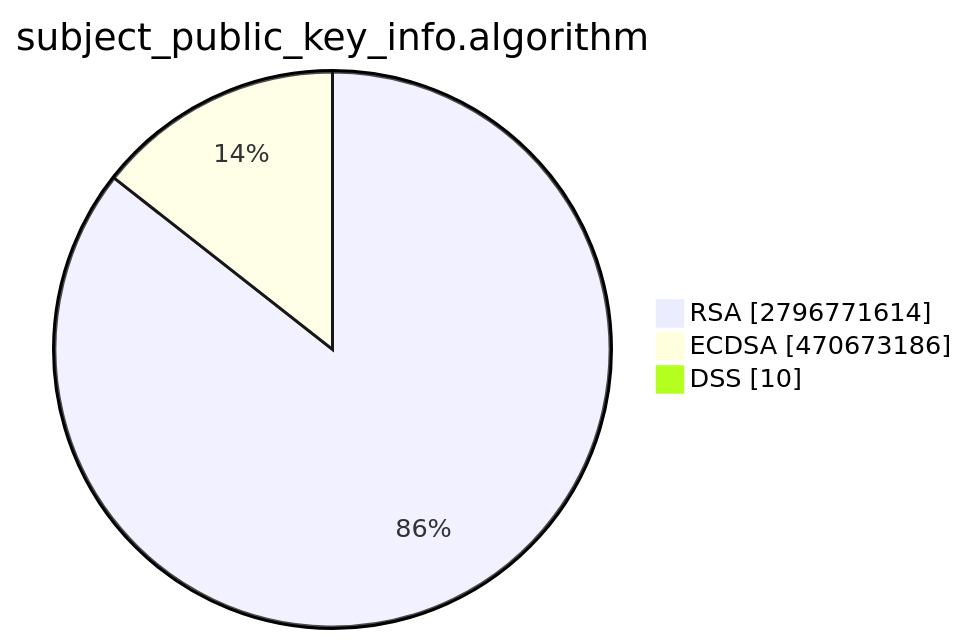
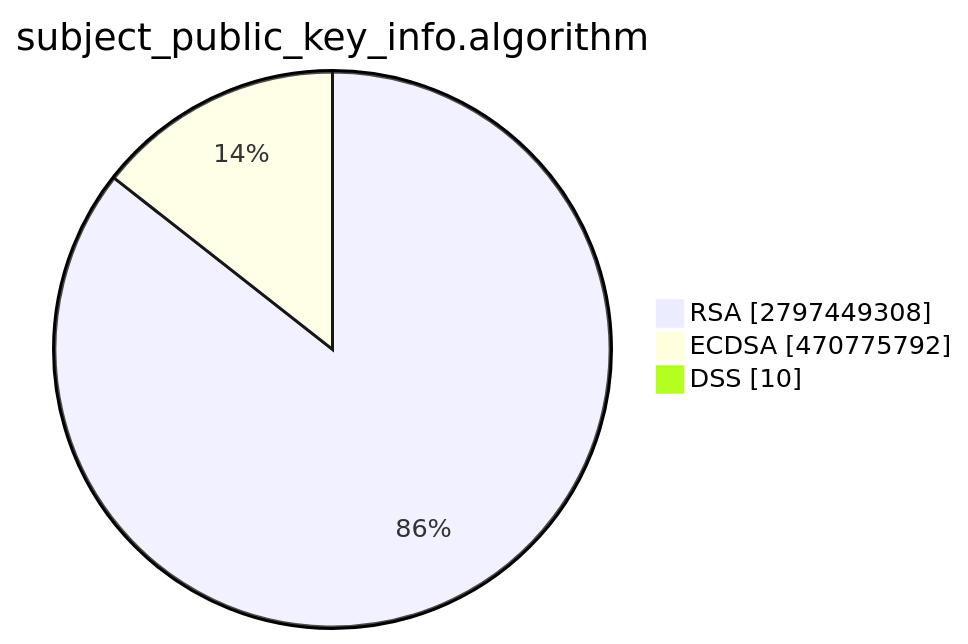
Before and after one commit to christiankrug/ctmonitor_visualization: the second of 15 diagrams in TOTAL/README.md, drawn with Mermaid. The commit also changed other lines of this file, not shown here.

````diff
--- a/TOTAL/README.md
+++ b/TOTAL/README.md
@@ -6,7 +6,7 @@
 ```mermaid
 pie showData
 title subject_public_key_info.algorithm
-"RSA" :2796771614
-"ECDSA" :470673186
+"RSA" :2797449308
+"ECDSA" :470775792
 "DSS" :10
 ```
````
